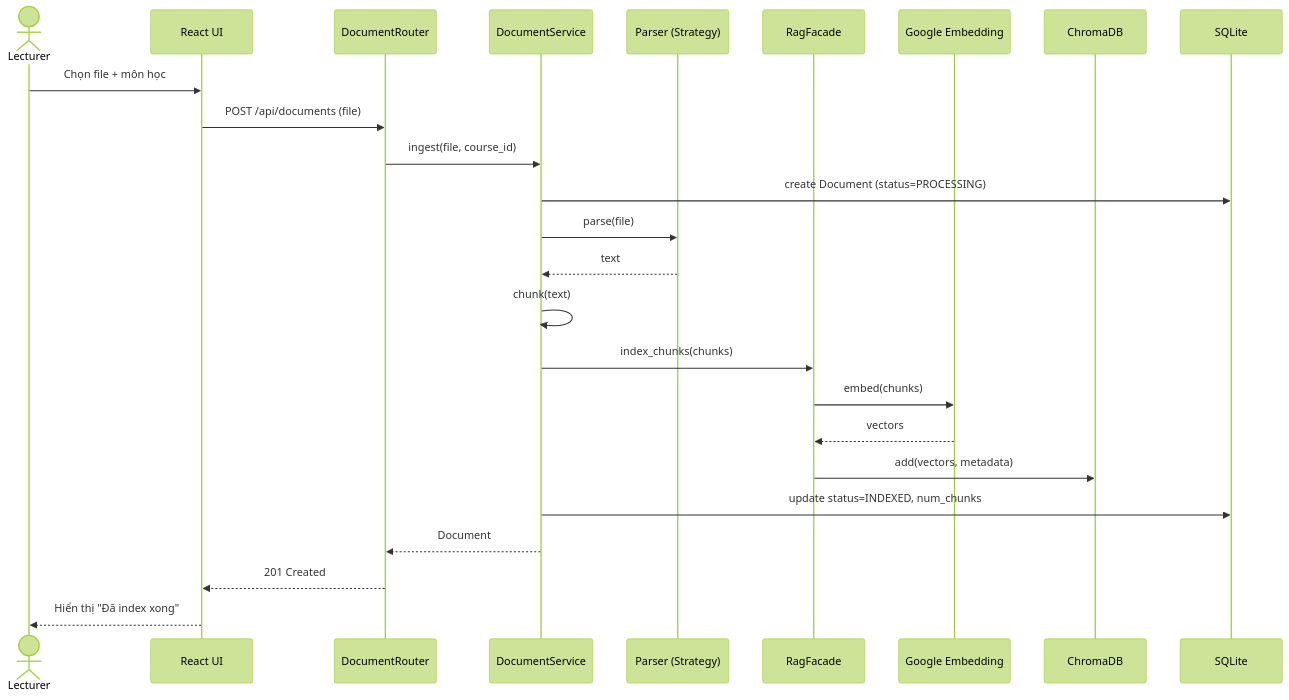
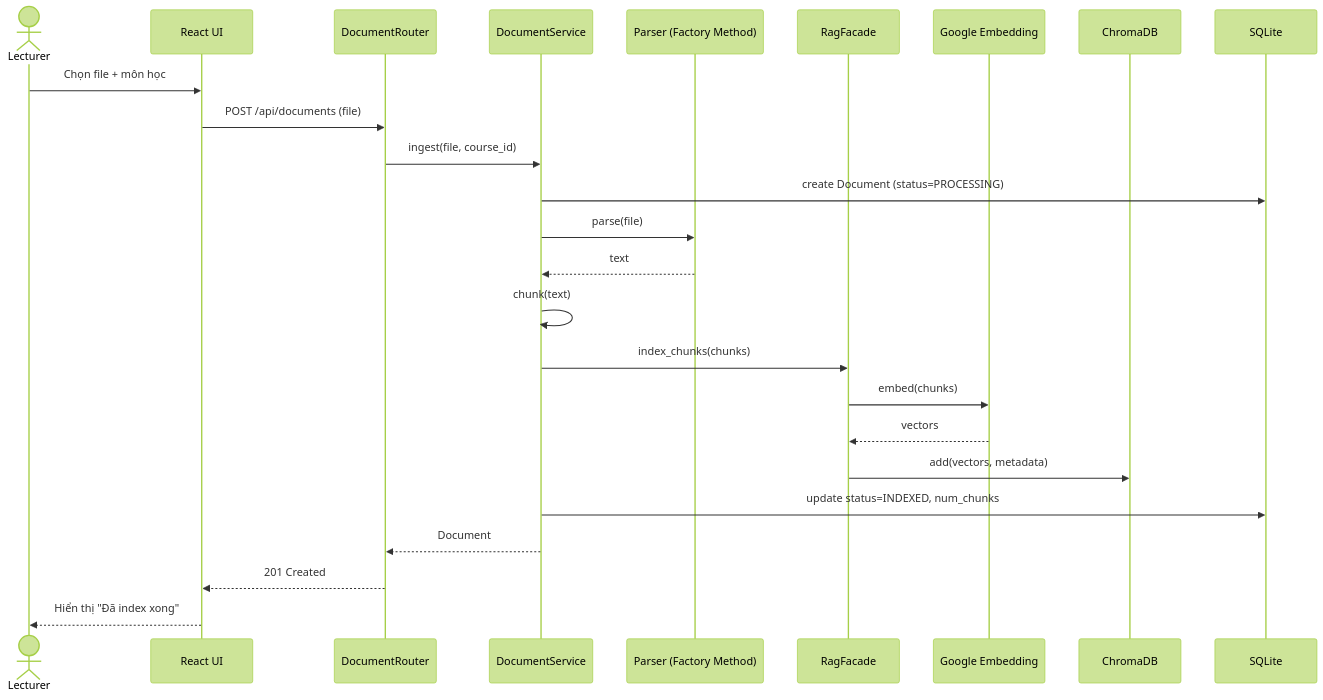
Before and after one commit to Scobydoo1/swd: the fifth of 13 diagrams in docs/DESIGN.md, drawn with Mermaid (forest theme). The commit also changed other lines of this file and 3 other files, not shown here.

First line of the commit message:
Refactor document parsers to Factory Method pattern, add presentation notes

````diff
--- a/docs/DESIGN.md
+++ b/docs/DESIGN.md
@@ -303,28 +303,28 @@
 ```mermaid
 sequenceDiagram
     actor L as Lecturer
     participant FE as React UI
     participant R as DocumentRouter
     participant S as DocumentService
-    participant P as Parser (Strategy)
+    participant P as Parser (Factory Method)
     participant RAG as RagFacade
     participant E as Google Embedding
     participant C as ChromaDB
     participant DB as SQLite
 
     L->>FE: Chọn file + môn học
     FE->>R: POST /api/documents (file)
     R->>S: ingest(file, course_id)
     S->>DB: create Document (status=PROCESSING)
     S->>P: parse(file)
     P-->>S: text
     S->>S: chunk(text)
     S->>RAG: index_chunks(chunks)
     RAG->>E: embed(chunks)
     E-->>RAG: vectors
     RAG->>C: add(vectors, metadata)
     S->>DB: update status=INDEXED, num_chunks
     S-->>R: Document
     R-->>FE: 201 Created
     FE-->>L: Hiển thị "Đã index xong"
 ```
````
